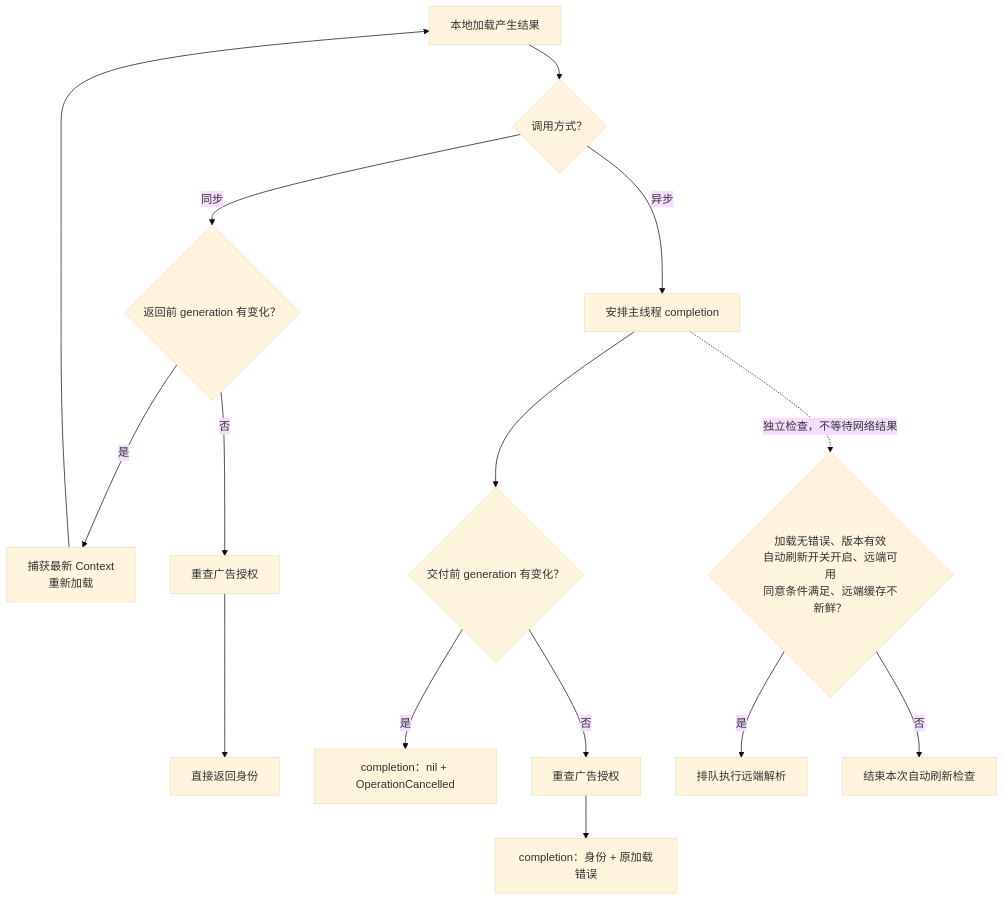
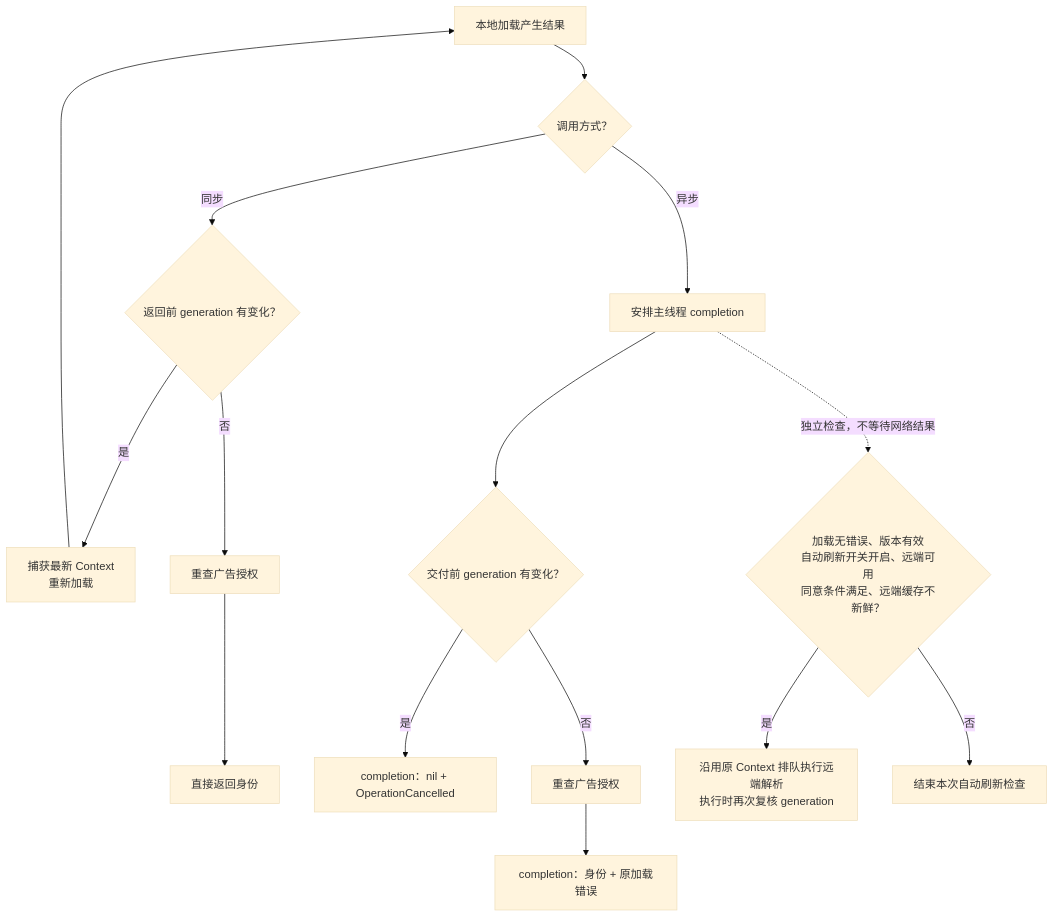
The fourth of 14 diagrams in PBCrossAppUniqueDeviceIdentifier/Docs/FeatureFlows.md (shanbozhu/TestOC), drawn with Mermaid (base theme) before and after one commit. The commit also changed other lines of this file and 5 other files, not shown here.

````diff
--- a/PBCrossAppUniqueDeviceIdentifier/Docs/FeatureFlows.md
+++ b/PBCrossAppUniqueDeviceIdentifier/Docs/FeatureFlows.md
@@ -124,17 +125,17 @@
 ```mermaid
 flowchart TD
     Result["本地加载产生结果"] --> Mode{"调用方式？"}
     Mode -->|同步| SyncCheck{"返回前 generation 有变化？"}
     SyncCheck -->|是| Retry["捕获最新 Context<br/>重新加载"]
     Retry --> Result
     SyncCheck -->|否| SyncAuth["重查广告授权"]
     SyncAuth --> SyncReturn["直接返回身份"]
     Mode -->|异步| Schedule["安排主线程 completion"]
     Schedule --> CallbackCheck{"交付前 generation 有变化？"}
     CallbackCheck -->|是| Cancel["completion：nil + OperationCancelled"]
     CallbackCheck -->|否| CallbackAuth["重查广告授权"]
     CallbackAuth --> Deliver["completion：身份 + 原加载错误"]
     Schedule -. "独立检查，不等待网络结果" .-> Auto{"加载无错误、版本有效<br/>自动刷新开关开启、远端可用<br/>同意条件满足、远端缓存不新鲜？"}
-    Auto -->|是| Resolve["排队执行远端解析"]
+    Auto -->|是| Resolve["沿用原 Context 排队执行远端解析<br/>执行时再次复核 generation"]
     Auto -->|否| Finish["结束本次自动刷新检查"]
 ```
````
